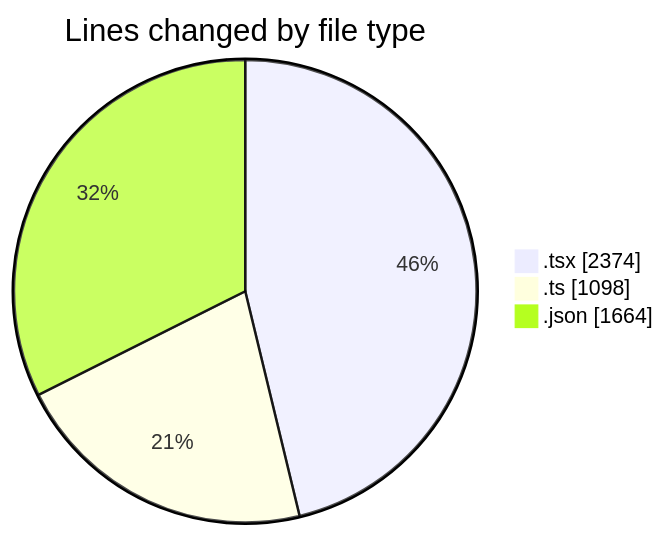
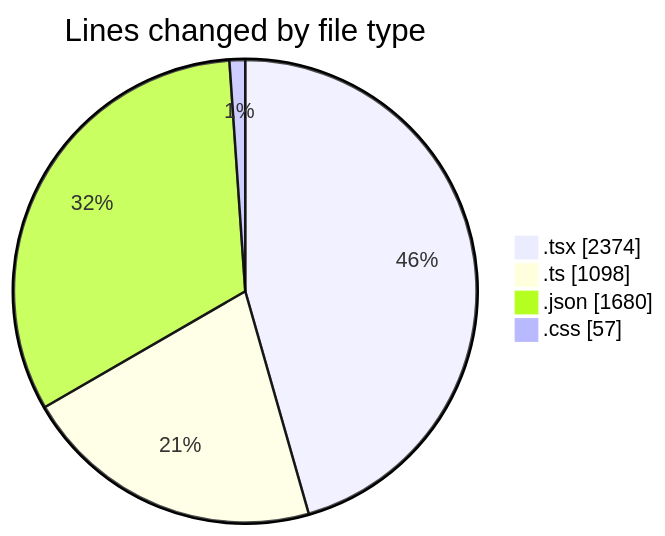
One commit to julien-gomy/code-tracking changed the first of 2 diagrams in 2025-10-09/eventscop-frontend-guide__workspace_/README.md. Above: the diagram before and after it, drawn with Mermaid. The commit also changed other lines of this file and 1 other file, not shown here.

````diff
--- a/2025-10-09/eventscop-frontend-guide__workspace_/README.md
+++ b/2025-10-09/eventscop-frontend-guide__workspace_/README.md
@@ -43,7 +44,8 @@
 ```mermaid
 pie showData
 title Lines changed by file type
 ".tsx" : 2374
 ".ts" : 1098
-".json" : 1664
+".json" : 1680
+".css" : 57
 ```
````
